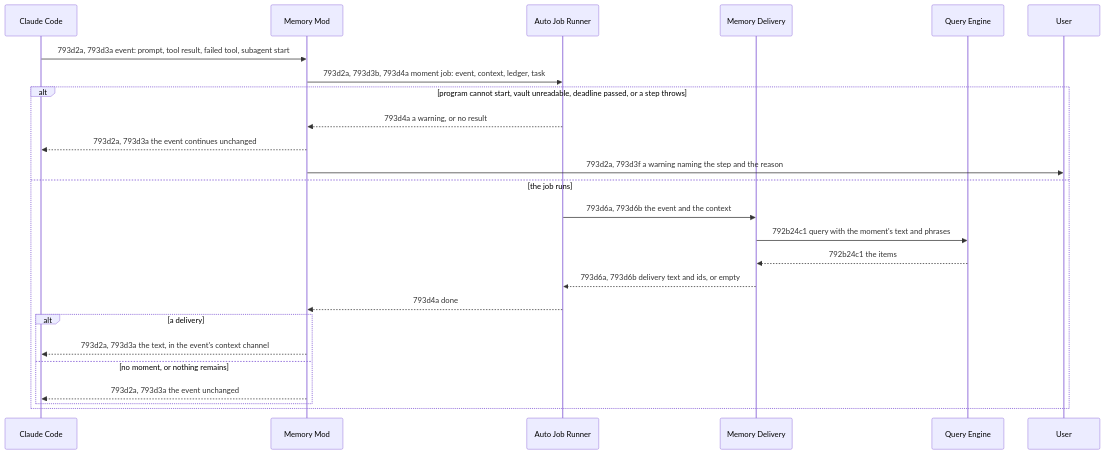
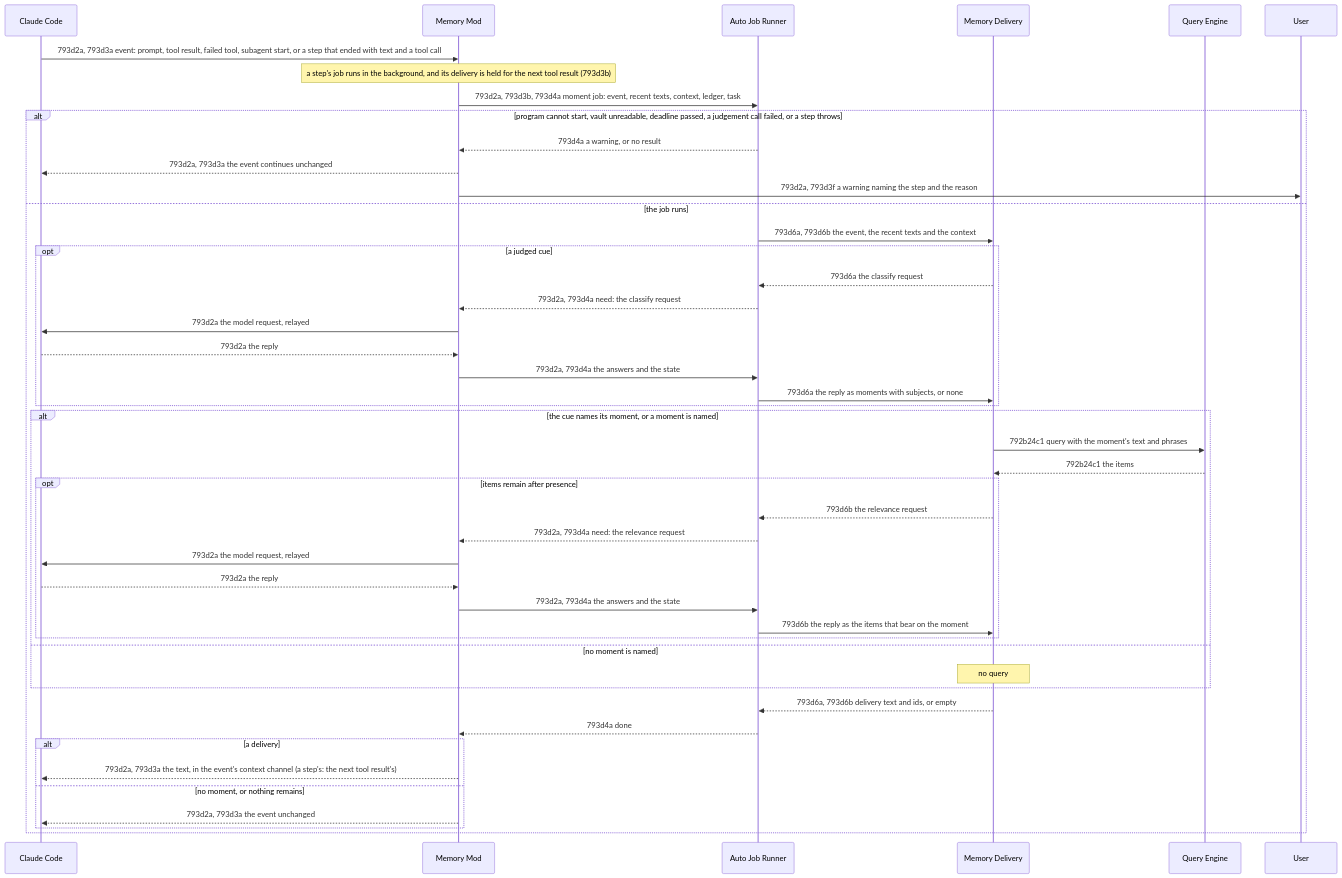
The first of 3 diagrams in docs/changes/793_parallel-memory-agent/793d_technical-spec.md (toejough/engram), drawn with Mermaid before and after one commit. The commit also changed other lines of this file and 2 other files, not shown here.

First line of the commit message:
docs(793): delivery judgements on the cheapest tier — moment classification and relevance filter

````diff
--- a/docs/changes/793_parallel-memory-agent/793d_technical-spec.md
+++ b/docs/changes/793_parallel-memory-agent/793d_technical-spec.md
@@ -75,28 +80,49 @@
 ```mermaid
 sequenceDiagram
     participant CC as Claude Code
     participant Mod as Memory Mod
     participant Run as Auto Job Runner
     participant Del as Memory Delivery
     participant Qry as Query Engine
     participant User as User
 
-    CC->>Mod: 793d2a, 793d3a event: prompt, tool result, failed tool, subagent start
-    Mod->>Run: 793d2a, 793d3b, 793d4a moment job: event, context, ledger, task
-    alt program cannot start, vault unreadable, deadline passed, or a step throws
+    CC->>Mod: 793d2a, 793d3a event: prompt, tool result, failed tool, subagent start, or a step that ended with text and a tool call
+    Note over Mod: a step's job runs in the background, and its delivery is held for the next tool result (793d3b)
+    Mod->>Run: 793d2a, 793d3b, 793d4a moment job: event, recent texts, context, ledger, task
+    alt program cannot start, vault unreadable, deadline passed, a judgement call failed, or a step throws
         Run-->>Mod: 793d4a a warning, or no result
         Mod-->>CC: 793d2a, 793d3a the event continues unchanged
         Mod->>User: 793d2a, 793d3f a warning naming the step and the reason
     else the job runs
-        Run->>Del: 793d6a, 793d6b the event and the context
-        Del->>Qry: 792b24c1 query with the moment's text and phrases
-        Qry-->>Del: 792b24c1 the items
+        Run->>Del: 793d6a, 793d6b the event, the recent texts and the context
+        opt a judged cue
+            Del-->>Run: 793d6a the classify request
+            Run-->>Mod: 793d2a, 793d4a need: the classify request
+            Mod->>CC: 793d2a the model request, relayed
+            CC-->>Mod: 793d2a the reply
+            Mod->>Run: 793d2a, 793d4a the answers and the state
+            Run->>Del: 793d6a the reply as moments with subjects, or none
+        end
+        alt the cue names its moment, or a moment is named
+            Del->>Qry: 792b24c1 query with the moment's text and phrases
+            Qry-->>Del: 792b24c1 the items
+            opt items remain after presence
+                Del-->>Run: 793d6b the relevance request
+                Run-->>Mod: 793d2a, 793d4a need: the relevance request
+                Mod->>CC: 793d2a the model request, relayed
+                CC-->>Mod: 793d2a the reply
+                Mod->>Run: 793d2a, 793d4a the answers and the state
+                Run->>Del: 793d6b the reply as the items that bear on the moment
+            end
+        else no moment is named
+            Note over Del: no query
+        end
         Del-->>Run: 793d6a, 793d6b delivery text and ids, or empty
         Run-->>Mod: 793d4a done
         alt a delivery
-            Mod-->>CC: 793d2a, 793d3a the text, in the event's context channel
+            Mod-->>CC: 793d2a, 793d3a the text, in the event's context channel (a step's: the next tool result's)
         else no moment, or nothing remains
             Mod-->>CC: 793d2a, 793d3a the event unchanged
         end
     end
 ```
````
